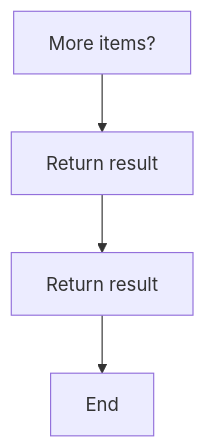
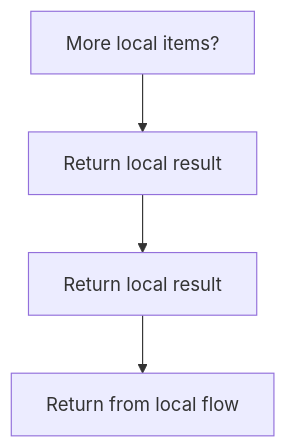
The second of 4 diagrams in docs/Codebase/Backend/src/controllers/transformController.js.md (JohnAndrewBalbarosa/NeoTerritory), drawn with Mermaid before and after one commit. The commit also changed other lines of this file and 915 other files, not shown here.

````diff
--- a/docs/Codebase/Backend/src/controllers/transformController.js.md
+++ b/docs/Codebase/Backend/src/controllers/transformController.js.md
@@ -49,10 +48,10 @@
 ```mermaid
 flowchart TD
-    N0["More items?"]
-    N1["Return result"]
-    N2["Return result"]
-    N3["End"]
+    N0["More local items?"]
+    N1["Return local result"]
+    N2["Return local result"]
+    N3["Return from local flow"]
     N0 --> N1
     N1 --> N2
     N2 --> N3
 ```
````
